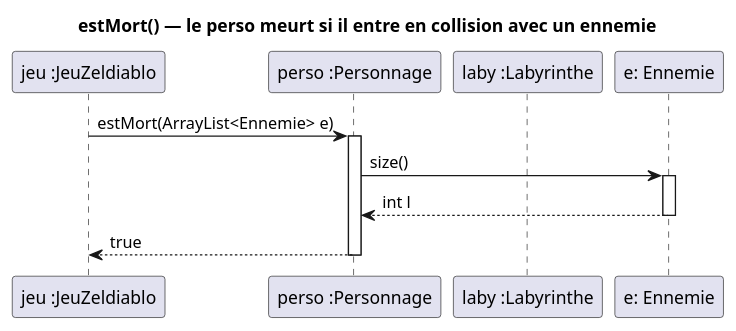
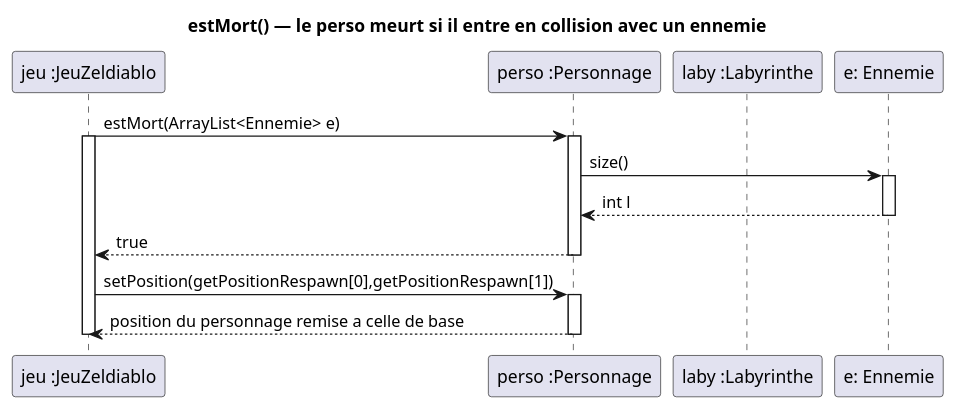
Before and after one commit to D-Lilian09/2026_COO_Zeldiablo_DU-HE-MA-PA: the diagram in documents/version_3/DiagrammeDeSequence_estMort.puml, drawn with PlantUML. The commit also changed 2 other files, not shown here.

```diff
--- a/documents/version_3/DiagrammeDeSequence_estMort.puml
+++ b/documents/version_3/DiagrammeDeSequence_estMort.puml
@@ -1,19 +1,26 @@
 @startuml
 
 title estMort() — le perso meurt si il entre en collision avec un ennemie
 
 participant "jeu :JeuZeldiablo" as jeu
 participant "perso :Personnage" as perso
 participant "laby :Labyrinthe" as laby
 participant "e: Ennemie" as ennemie
 
+
 jeu -> perso : estMort(ArrayList<Ennemie> e)
+activate jeu
 activate perso
 perso -> ennemie : size()
 activate ennemie
 ennemie --> perso : int l
 deactivate ennemie
 perso --> jeu : true
 deactivate perso
+jeu -> perso : setPosition(getPositionRespawn[0],getPositionRespawn[1])
+activate perso
+perso --> jeu : position du personnage remise a celle de base
+deactivate perso
+deactivate jeu
 
 @enduml
```
